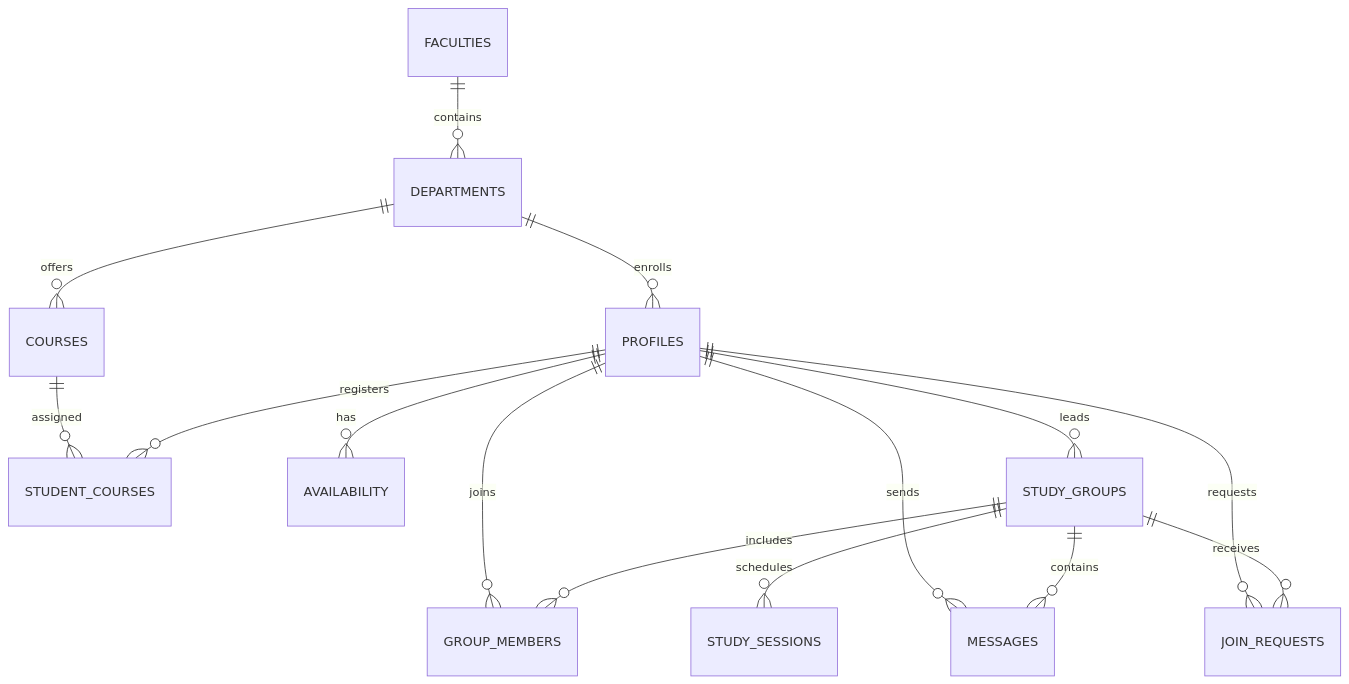
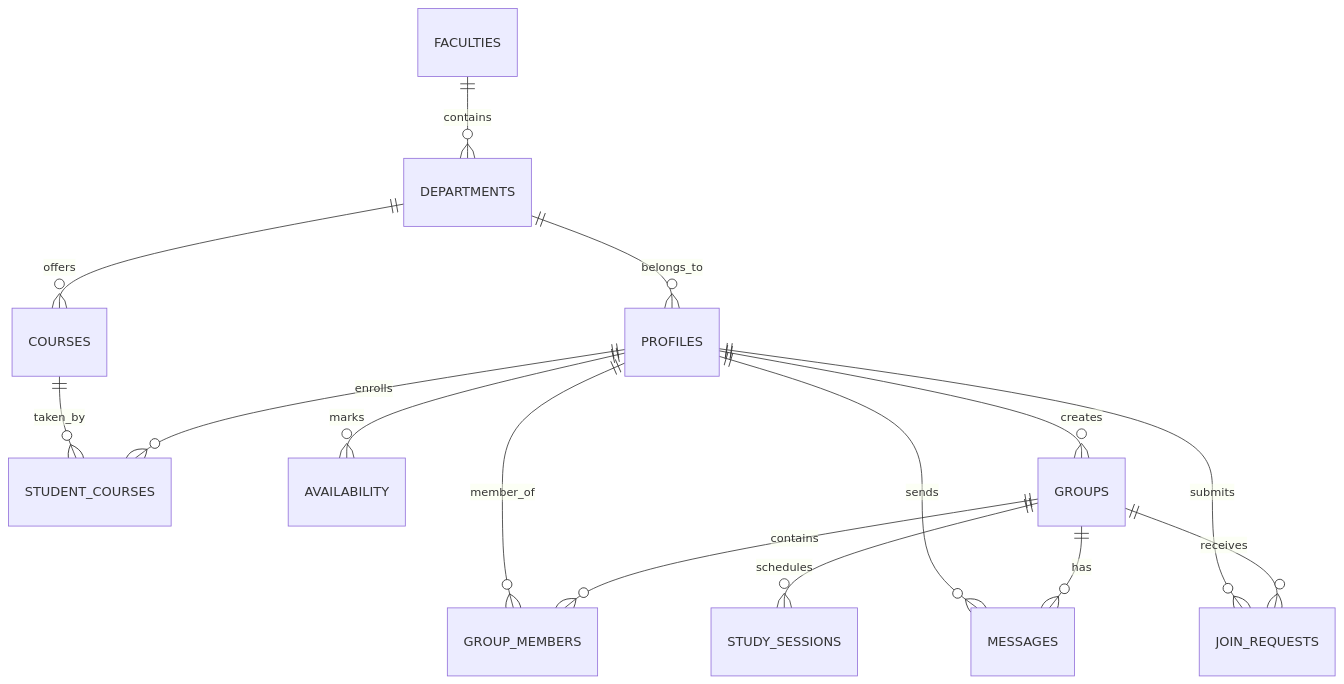
One commit to hirushadewminabandara/kdu-study-finder changed the second of 2 diagrams in README.md. Above: the diagram before and after it, drawn with Mermaid. The commit also changed other lines of this file and 1 other file, not shown here.

````diff
--- a/README.md
+++ b/README.md
@@ -432,17 +177,17 @@
 ```mermaid
 erDiagram
     FACULTIES ||--o{ DEPARTMENTS : contains
     DEPARTMENTS ||--o{ COURSES : offers
-    DEPARTMENTS ||--o{ PROFILES : enrolls
-    PROFILES ||--o{ STUDENT_COURSES : registers
-    COURSES ||--o{ STUDENT_COURSES : assigned
-    PROFILES ||--o{ AVAILABILITY : has
-    PROFILES ||--o{ STUDY_GROUPS : leads
-    STUDY_GROUPS ||--o{ GROUP_MEMBERS : includes
-    PROFILES ||--o{ GROUP_MEMBERS : joins
-    STUDY_GROUPS ||--o{ MESSAGES : contains
+    DEPARTMENTS ||--o{ PROFILES : belongs_to
+    PROFILES ||--o{ STUDENT_COURSES : enrolls
+    COURSES ||--o{ STUDENT_COURSES : taken_by
+    PROFILES ||--o{ AVAILABILITY : marks
+    PROFILES ||--o{ GROUPS : creates
+    GROUPS ||--o{ GROUP_MEMBERS : contains
+    PROFILES ||--o{ GROUP_MEMBERS : member_of
+    GROUPS ||--o{ MESSAGES : has
     PROFILES ||--o{ MESSAGES : sends
-    STUDY_GROUPS ||--o{ STUDY_SESSIONS : schedules
-    STUDY_GROUPS ||--o{ JOIN_REQUESTS : receives
-    PROFILES ||--o{ JOIN_REQUESTS : requests
+    GROUPS ||--o{ STUDY_SESSIONS : schedules
+    GROUPS ||--o{ JOIN_REQUESTS : receives
+    PROFILES ||--o{ JOIN_REQUESTS : submits
 ```
````
